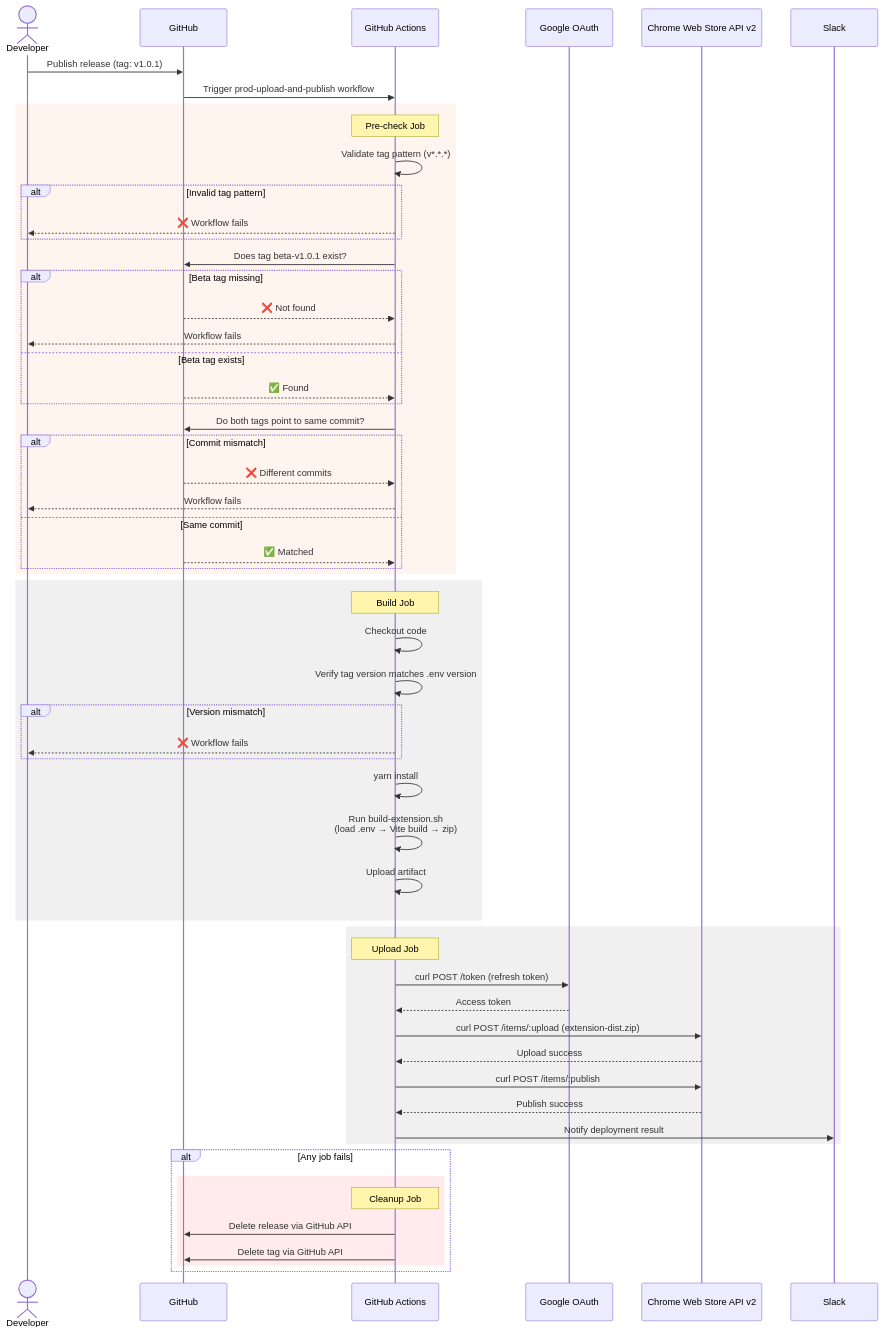
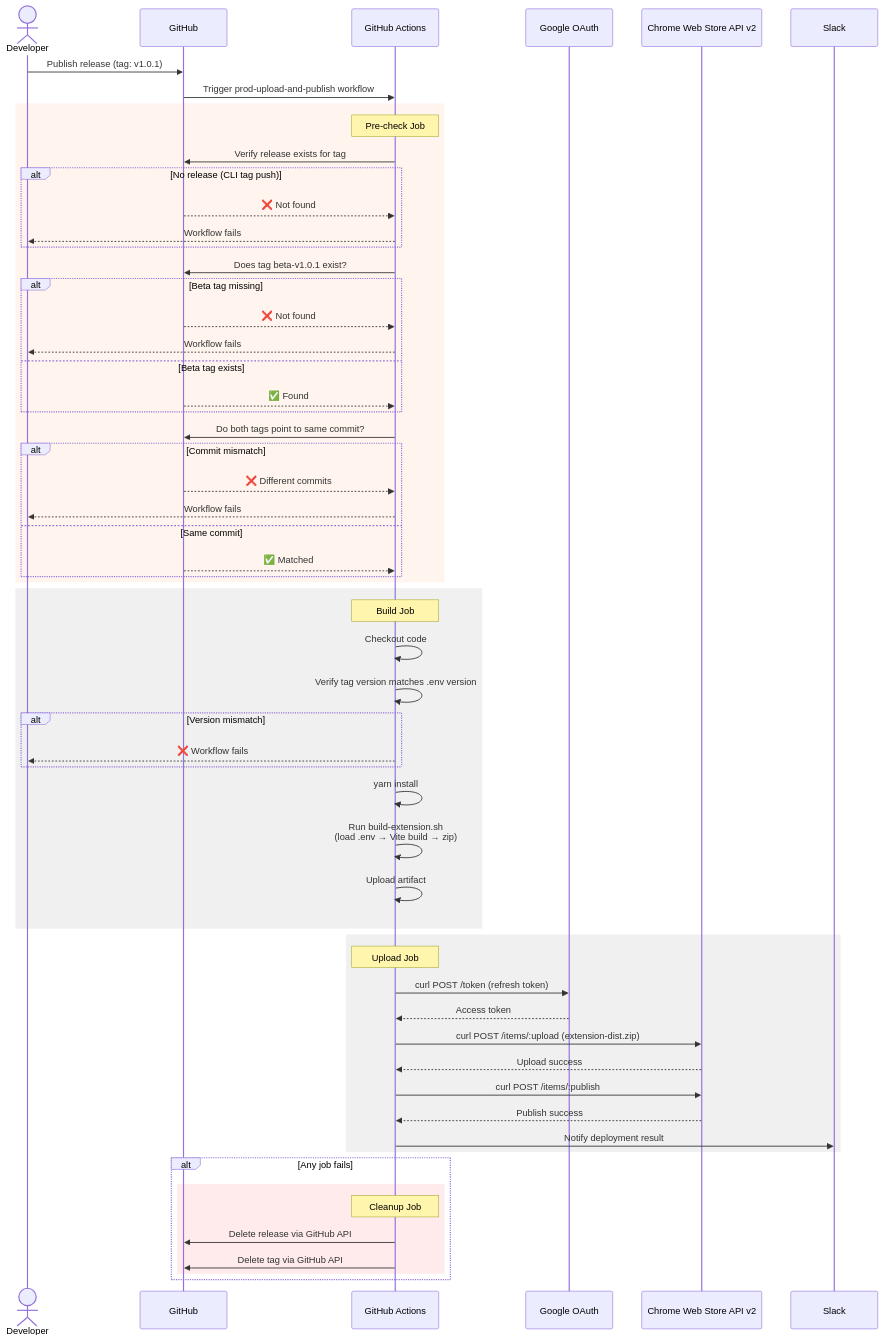
One commit to cg-ysun/chrome-extension-test changed the diagram in docs/prod-workflow.mmd. Above: the diagram before and after it, drawn with Mermaid. The commit also changed 5 other files, not shown here.

```diff
--- a/docs/prod-workflow.mmd
+++ b/docs/prod-workflow.mmd
@@ -1,63 +1,64 @@
 sequenceDiagram
     actor Dev as Developer
     participant GH as GitHub
     participant GHA as GitHub Actions
     participant OAuth as Google OAuth
     participant CWS as Chrome Web Store API v2
     participant Slack as Slack
 
     Dev->>GH: Publish release (tag: v1.0.1)
     GH->>GHA: Trigger prod-upload-and-publish workflow
 
     rect rgb(255, 245, 238)
         Note over GHA: Pre-check Job
-        GHA->>GHA: Validate tag pattern (v*.*.*)
-        alt Invalid tag pattern
-            GHA-->>Dev: ❌ Workflow fails
+        GHA->>GH: Verify release exists for tag
+        alt No release (CLI tag push)
+            GH-->>GHA: ❌ Not found
+            GHA-->>Dev: Workflow fails
         end
         GHA->>GH: Does tag beta-v1.0.1 exist?
         alt Beta tag missing
             GH-->>GHA: ❌ Not found
             GHA-->>Dev: Workflow fails
         else Beta tag exists
             GH-->>GHA: ✅ Found
         end
         GHA->>GH: Do both tags point to same commit?
         alt Commit mismatch
             GH-->>GHA: ❌ Different commits
             GHA-->>Dev: Workflow fails
         else Same commit
             GH-->>GHA: ✅ Matched
         end
     end
 
     rect rgb(240, 240, 240)
         Note over GHA: Build Job
         GHA->>GHA: Checkout code
         GHA->>GHA: Verify tag version matches .env version
         alt Version mismatch
             GHA-->>Dev: ❌ Workflow fails
         end
         GHA->>GHA: yarn install
         GHA->>GHA: Run build-extension.sh<br/>(load .env → Vite build → zip)
         GHA->>GHA: Upload artifact
     end
 
     rect rgb(240, 240, 240)
         Note over GHA: Upload Job
         GHA->>OAuth: curl POST /token (refresh token)
         OAuth-->>GHA: Access token
         GHA->>CWS: curl POST /items/:upload (extension-dist.zip)
         CWS-->>GHA: Upload success
         GHA->>CWS: curl POST /items/:publish
         CWS-->>GHA: Publish success
         GHA->>Slack: Notify deployment result
     end
 
     alt Any job fails
         rect rgb(255, 235, 235)
             Note over GHA: Cleanup Job
             GHA->>GH: Delete release via GitHub API
             GHA->>GH: Delete tag via GitHub API
         end
     end
```
